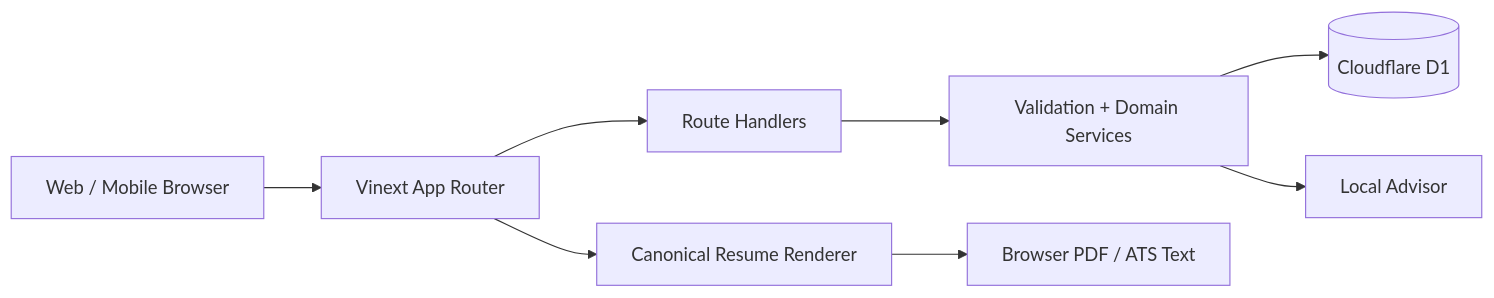
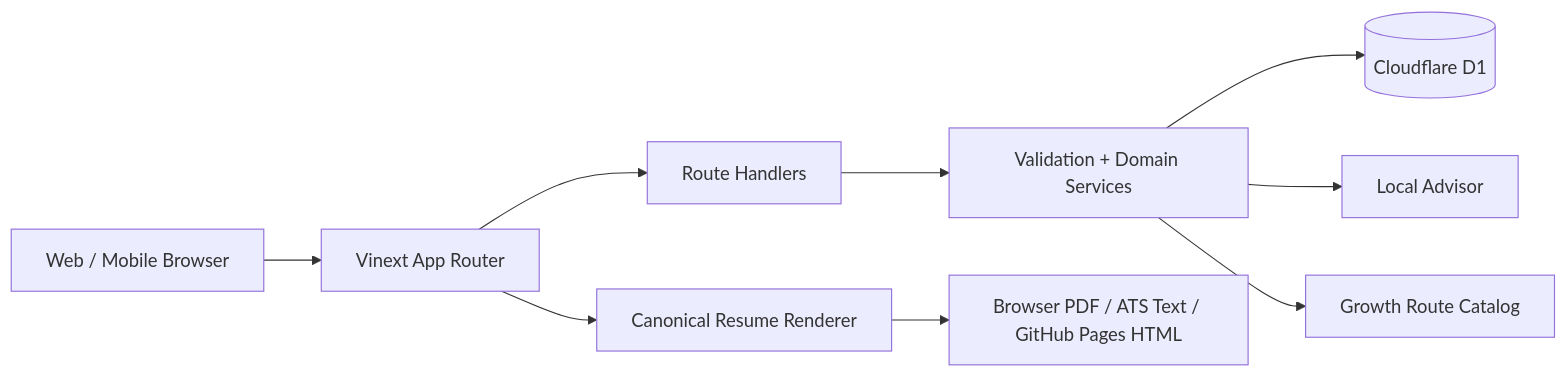
One commit to xhongduo-tech/easycv changed the first of 2 diagrams in docs/architecture.md. Above: the diagram before and after it, drawn with Mermaid. The commit also changed other lines of this file and 39 other files, not shown here.

Commit message:
Expand target catalog and career growth features

````diff
--- a/docs/architecture.md
+++ b/docs/architecture.md
@@ -7,10 +7,11 @@
 ```mermaid
 flowchart LR
   Browser[Web / Mobile Browser] --> App[Vinext App Router]
   App --> Routes[Route Handlers]
   Routes --> Domain[Validation + Domain Services]
   Domain --> D1[(Cloudflare D1)]
   Domain --> Advisor[Local Advisor]
   App --> Renderer[Canonical Resume Renderer]
-  Renderer --> Print[Browser PDF / ATS Text]
+  Renderer --> Print[Browser PDF / ATS Text / GitHub Pages HTML]
+  Domain --> Growth[Growth Route Catalog]
 ```
````
